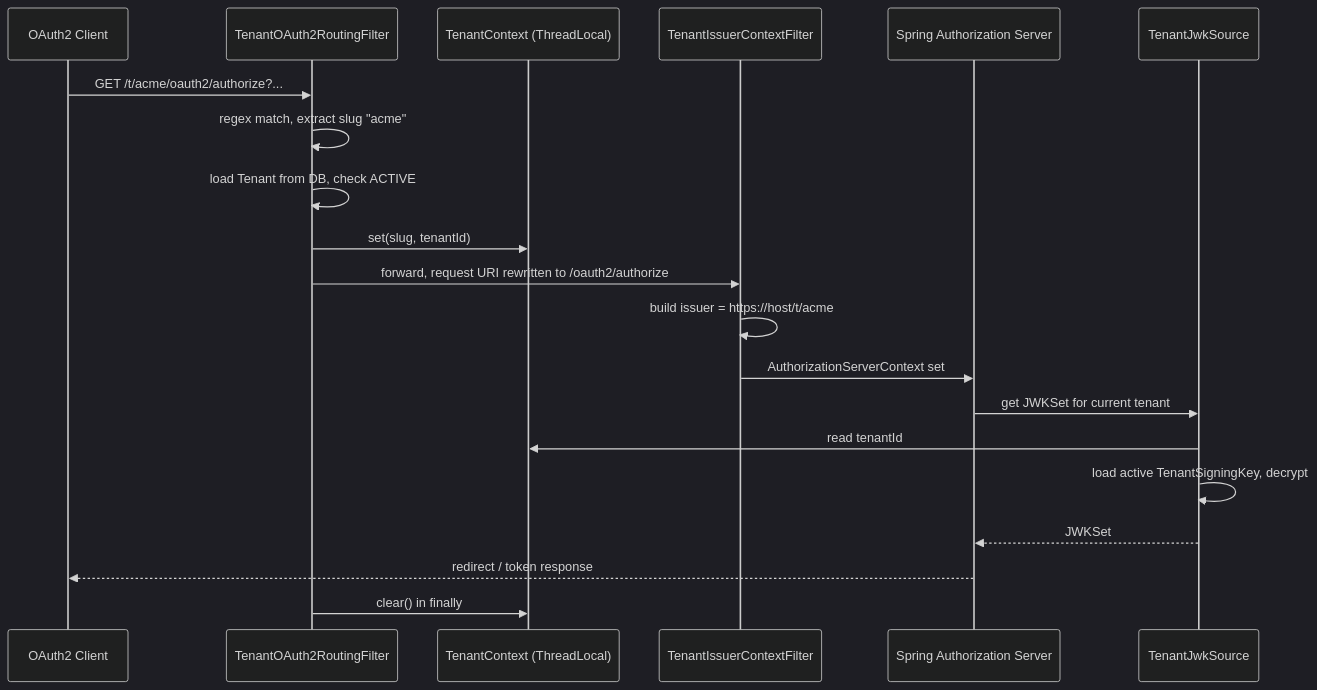
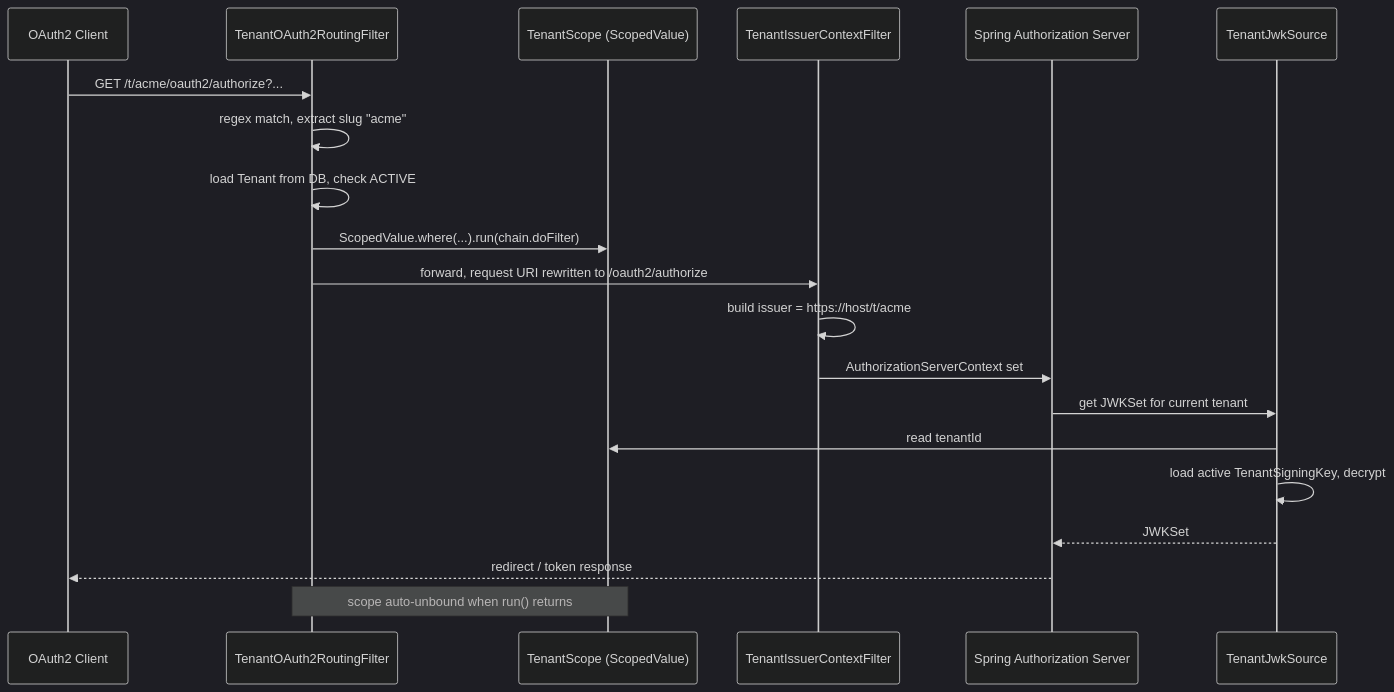
One commit to stucray/limen changed the third of 5 diagrams in docs/ARCHITECTURE.md. Above: the diagram before and after it, drawn with Mermaid (dark theme). The commit also changed other lines of this file, not shown here.

First line of the commit message:
Update architecture doc for tenant-isolated login (PR #36) (#37)

````diff
--- a/docs/ARCHITECTURE.md
+++ b/docs/ARCHITECTURE.md
@@ -170,23 +176,23 @@
 ```mermaid
 sequenceDiagram
     participant C as OAuth2 Client
     participant F as TenantOAuth2RoutingFilter
-    participant CTX as TenantContext (ThreadLocal)
+    participant SCOPE as TenantScope (ScopedValue)
     participant I as TenantIssuerContextFilter
     participant SAS as Spring Authorization Server
     participant J as TenantJwkSource
 
     C->>F: GET /t/acme/oauth2/authorize?...
     F->>F: regex match, extract slug "acme"
     F->>F: load Tenant from DB, check ACTIVE
-    F->>CTX: set(slug, tenantId)
+    F->>SCOPE: ScopedValue.where(...).run(chain.doFilter)
     F->>I: forward, request URI rewritten to /oauth2/authorize
     I->>I: build issuer = https://host/t/acme
     I->>SAS: AuthorizationServerContext set
     SAS->>J: get JWKSet for current tenant
-    J->>CTX: read tenantId
+    J->>SCOPE: read tenantId
     J->>J: load active TenantSigningKey, decrypt
     J-->>SAS: JWKSet
     SAS-->>C: redirect / token response
-    F->>CTX: clear() in finally
+    Note over F,SCOPE: scope auto-unbound when run() returns
 ```
````
